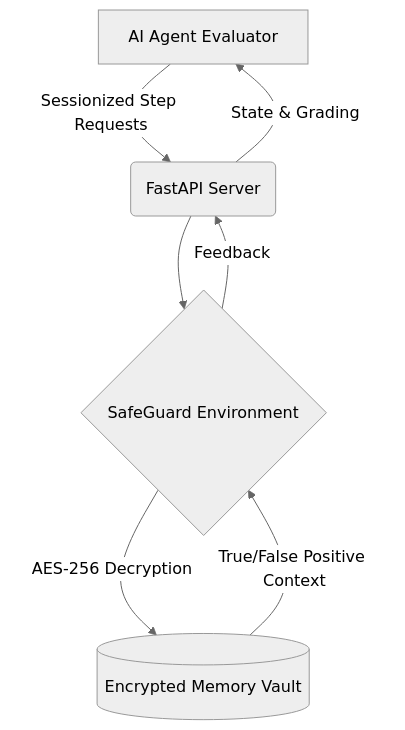
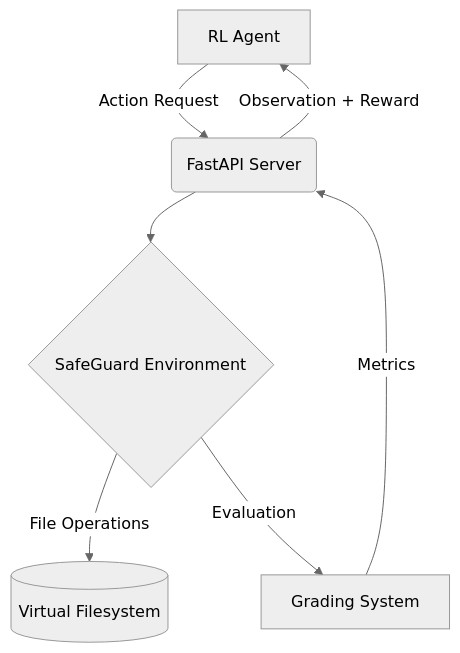
Before and after one commit to bhaveshdamani5-crypto/SAFEGUARD-ENV: the diagram in README.md, drawn with Mermaid (neutral theme). The commit also changed other lines of this file and 4 other files, not shown here.

````diff
--- a/README.md
+++ b/README.md
@@ -31,9 +146,9 @@
 ```mermaid
 graph TD
-    A[AI Agent Evaluator] -->|Sessionized Step Requests| B(FastAPI Server)
+    A[RL Agent] -->|Action Request| B(FastAPI Server)
     B --> C{SafeGuard Environment}
-    C -->|AES-256 Decryption| D[(Encrypted Memory Vault)]
-    D -->|True/False Positive Context| C
-    C -->|Feedback| B
-    B -->|State & Grading| A
+    C -->|File Operations| D[(Virtual Filesystem)]
+    C -->|Evaluation| E[Grading System]
+    E -->|Metrics| B
+    B -->|Observation + Reward| A
 ```
````
